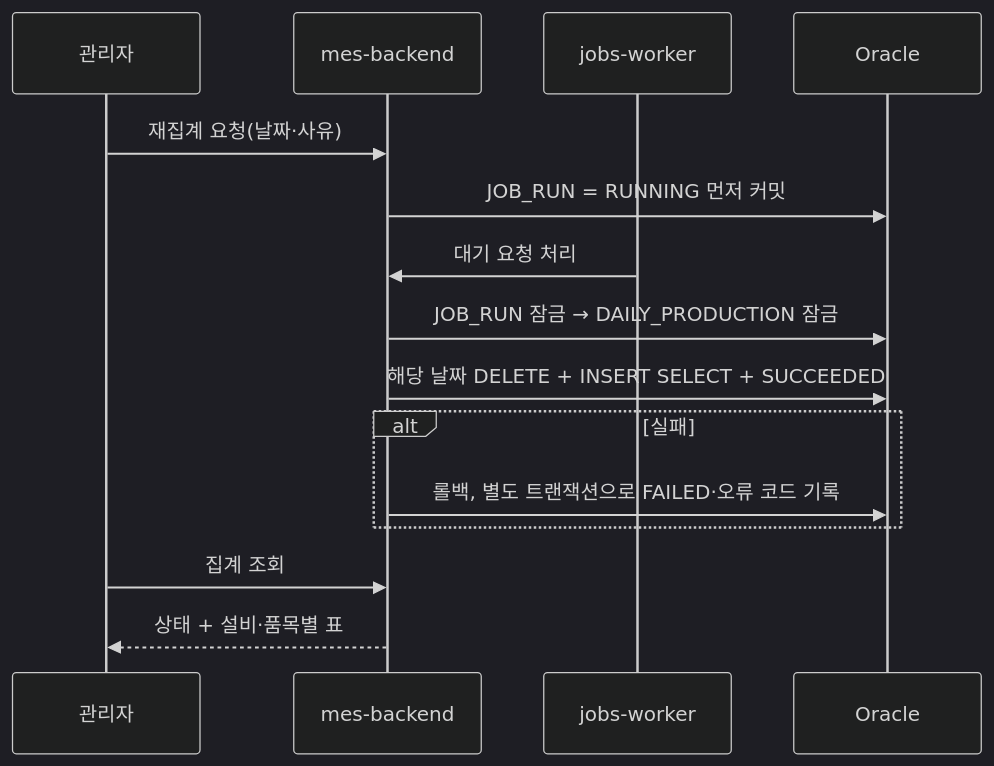
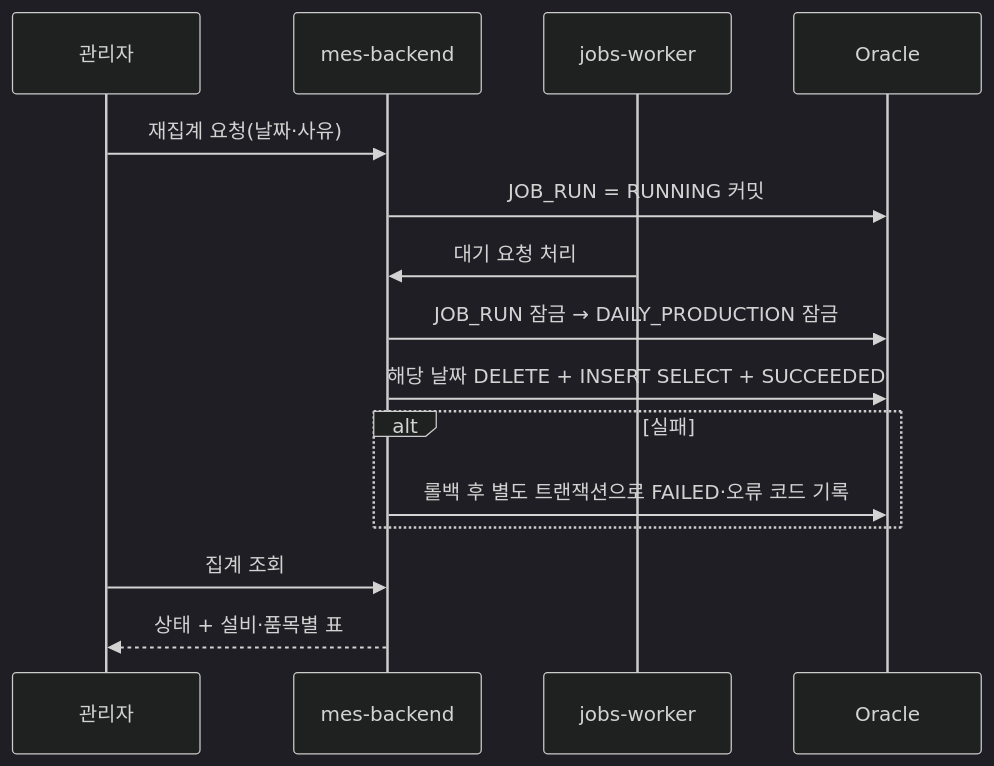
One commit to nkpFactoryMES/doc changed the second of 2 diagrams in reporting.md. Above: the diagram before and after it, drawn with Mermaid (dark theme). The commit also changed other lines of this file and 13 other files, not shown here.

````diff
--- a/reporting.md
+++ b/reporting.md
@@ -24,18 +40,18 @@
 ```mermaid
 sequenceDiagram
     participant A as 관리자
     participant B as mes-backend
     participant J as jobs-worker
     participant O as Oracle
 
     A->>B: 재집계 요청(날짜·사유)
-    B->>O: JOB_RUN = RUNNING 먼저 커밋
+    B->>O: JOB_RUN = RUNNING 커밋
     J->>B: 대기 요청 처리
     B->>O: JOB_RUN 잠금 → DAILY_PRODUCTION 잠금
     B->>O: 해당 날짜 DELETE + INSERT SELECT + SUCCEEDED
     alt 실패
-        B->>O: 롤백, 별도 트랜잭션으로 FAILED·오류 코드 기록
+        B->>O: 롤백 후 별도 트랜잭션으로 FAILED·오류 코드 기록
     end
     A->>B: 집계 조회
     B-->>A: 상태 + 설비·품목별 표
 ```
````
